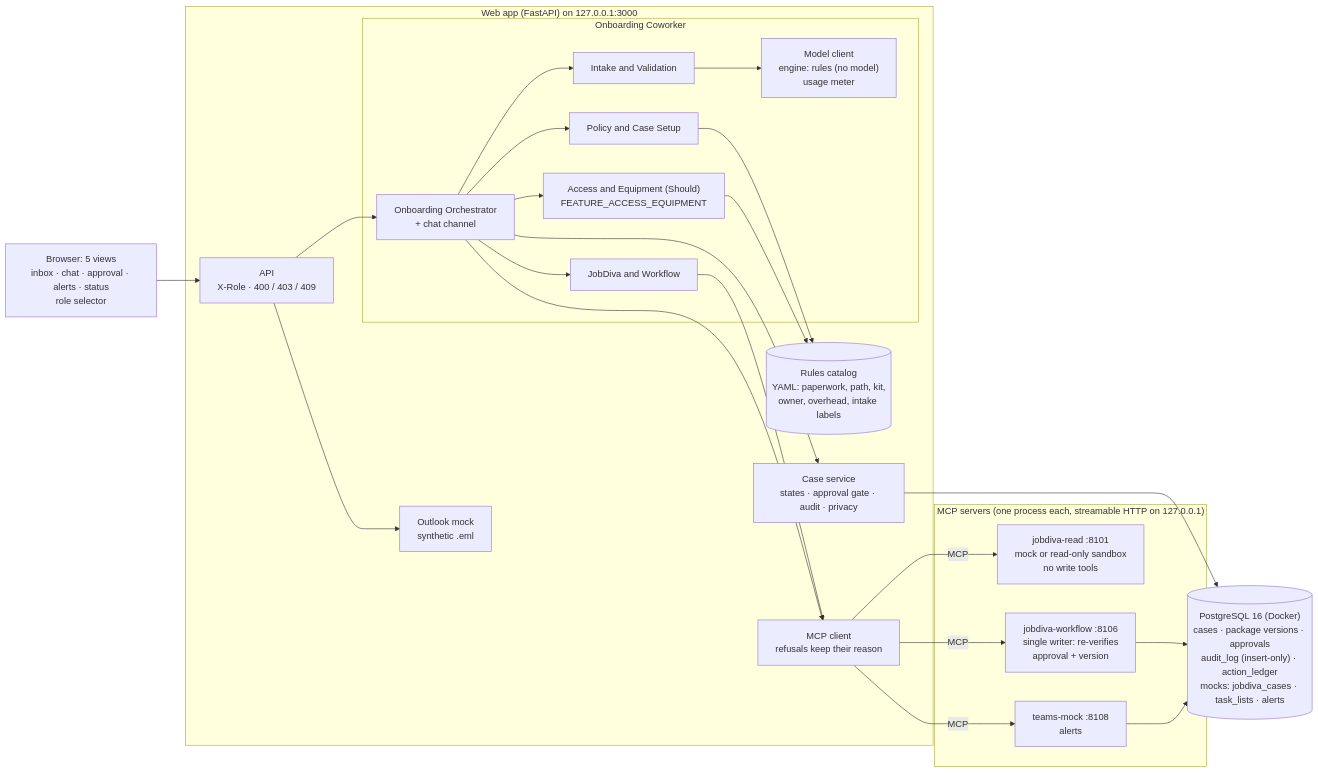
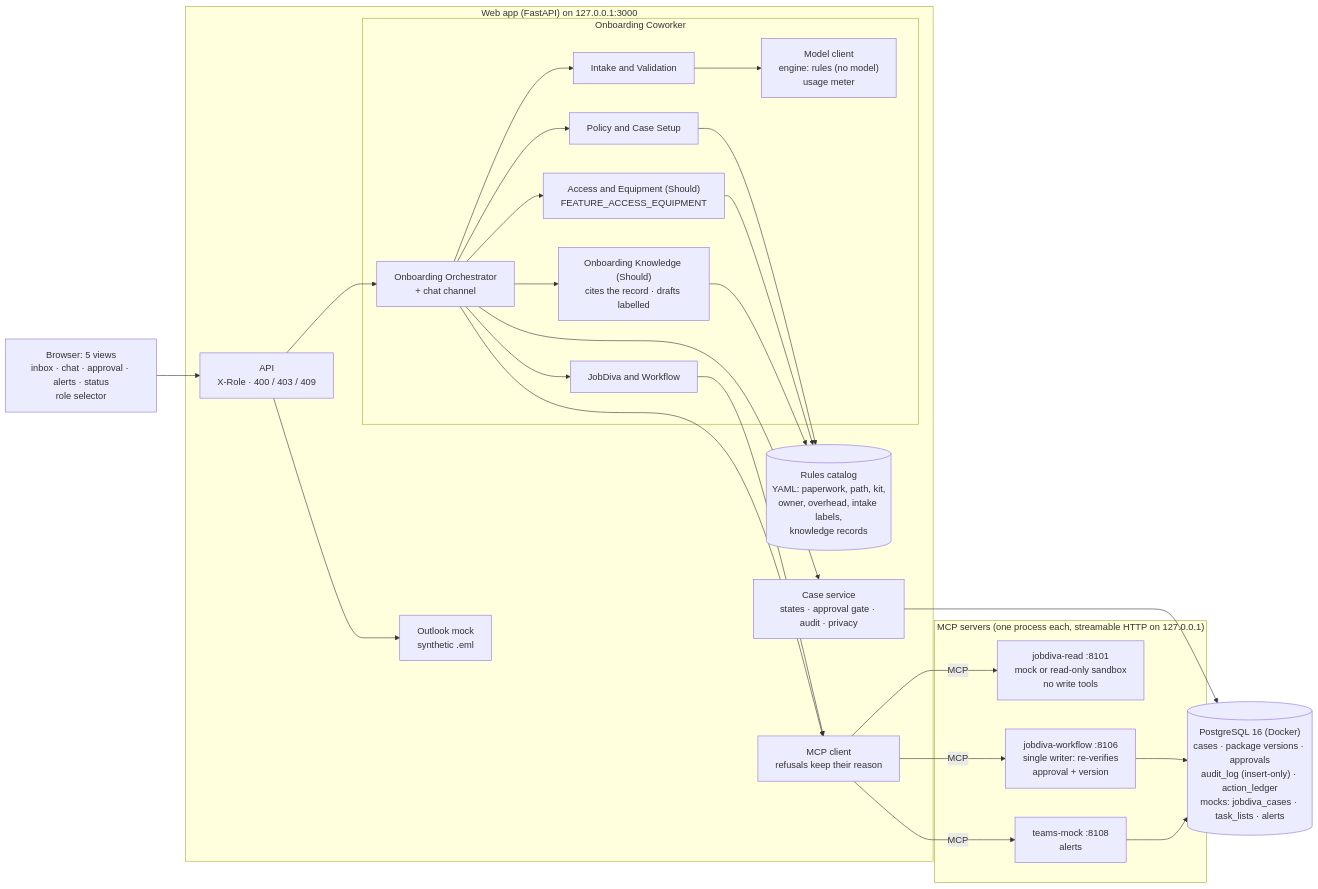
One commit to juangiron-IGS/OnBoardingDigitalCoworker changed the diagram in Documents/Submission/architecture.md. Above: the diagram before and after it, drawn with Mermaid. The commit also changed 26 other files, not shown here.

First line of the commit message:
Answer onboarding questions from a knowledge base the team validates

````diff
--- a/Documents/Submission/architecture.md
+++ b/Documents/Submission/architecture.md
@@ -5,44 +5,46 @@
 ```mermaid
 flowchart LR
     Browser["Browser: 5 views<br/>inbox · chat · approval · alerts · status<br/>role selector"]
 
     subgraph Web["Web app (FastAPI) on 127.0.0.1:3000"]
         API["API<br/>X-Role · 400 / 403 / 409"]
         subgraph Agents["Onboarding Coworker"]
             Orch["Onboarding Orchestrator<br/>+ chat channel"]
             Intake["Intake and Validation"]
             Policy["Policy and Case Setup"]
             WF["JobDiva and Workflow"]
             Access["Access and Equipment (Should)<br/>FEATURE_ACCESS_EQUIPMENT"]
+            Know["Onboarding Knowledge (Should)<br/>cites the record · drafts labelled"]
             Model["Model client<br/>engine: rules (no model)<br/>usage meter"]
         end
         Case["Case service<br/>states · approval gate · audit · privacy"]
-        Rules[("Rules catalog<br/>YAML: paperwork, path, kit,<br/>owner, overhead, intake labels")]
+        Rules[("Rules catalog<br/>YAML: paperwork, path, kit,<br/>owner, overhead, intake labels,<br/>knowledge records")]
         Mail["Outlook mock<br/>synthetic .eml"]
         Client["MCP client<br/>refusals keep their reason"]
     end
 
     DB[("PostgreSQL 16 (Docker)<br/>cases · package versions · approvals<br/>audit_log (insert-only) · action_ledger<br/>mocks: jobdiva_cases · task_lists · alerts")]
 
     subgraph MCP["MCP servers (one process each, streamable HTTP on 127.0.0.1)"]
         S1["jobdiva-read :8101<br/>mock or read-only sandbox<br/>no write tools"]
         S2["jobdiva-workflow :8106<br/>single writer: re-verifies<br/>approval + version"]
         S3["teams-mock :8108<br/>alerts"]
     end
 
     Browser --> API --> Orch
     Orch --> Intake --> Model
     Orch --> Policy --> Rules
     Orch --> Access --> Rules
+    Orch --> Know --> Rules
     Orch --> Case
     WF --> Client
     Orch --> WF
     Orch --> Client
     Client -- MCP --> S1
     Client -- MCP --> S2
     Client -- MCP --> S3
     API --> Mail
     Case --> DB
     S2 --> DB
     S3 --> DB
 ```
````
